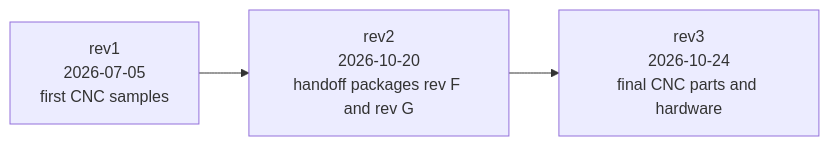
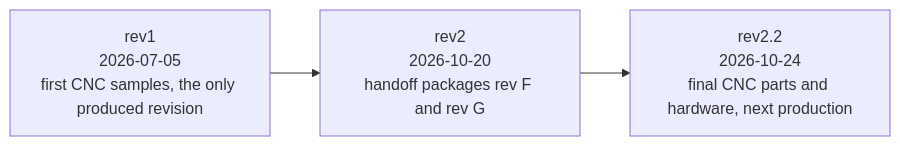
Before and after one commit to OpenDrone-hw/OpenFrame-5F: the first of 2 diagrams in README.md, drawn with Mermaid. The commit also changed other lines of this file and 19 other files, not shown here.

Commit message:
rev: name the final release rev2.2 (rev1 is the only produced revision; rev2.x is the next production)

````diff
--- a/README.md
+++ b/README.md
@@ -36,6 +36,6 @@
 ```mermaid
 flowchart LR
-  R0["rev1<br/>2026-07-05<br/>first CNC samples"] --> R1
+  R0["rev1<br/>2026-07-05<br/>first CNC samples, the only produced revision"] --> R1
   R1["rev2<br/>2026-10-20<br/>handoff packages rev F and rev G"] --> R2
-  R2["rev3<br/>2026-10-24<br/>final CNC parts and hardware"]
+  R2["rev2.2<br/>2026-10-24<br/>final CNC parts and hardware, next production"]
 ```
````
